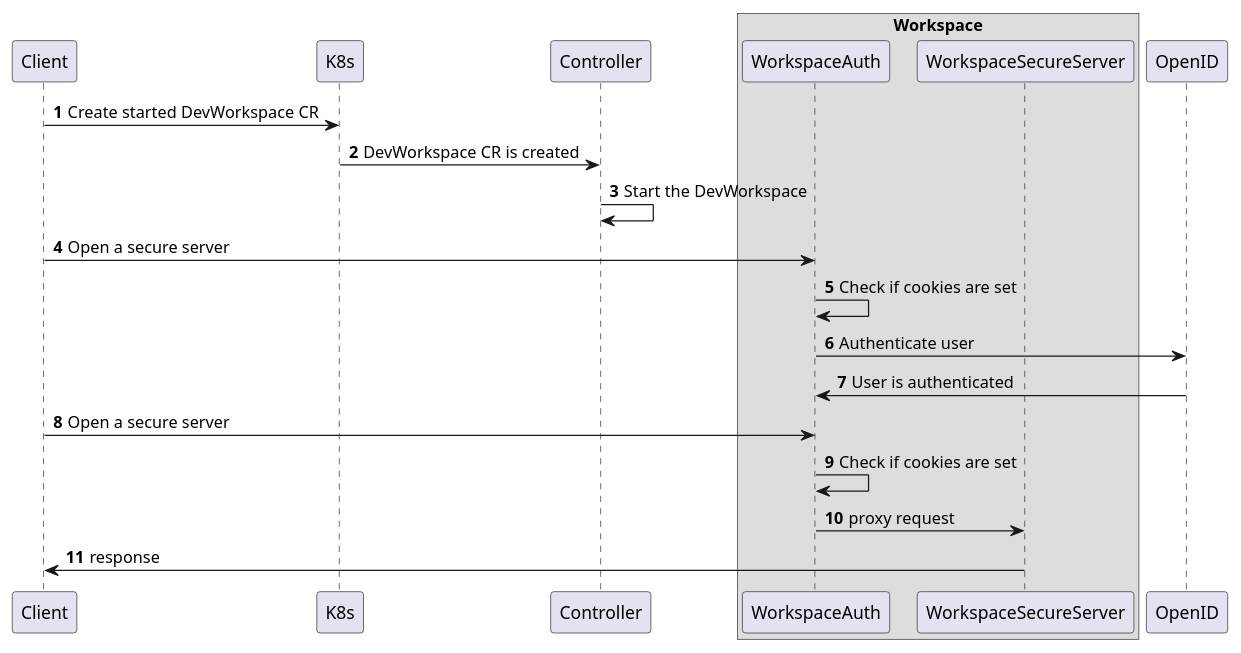
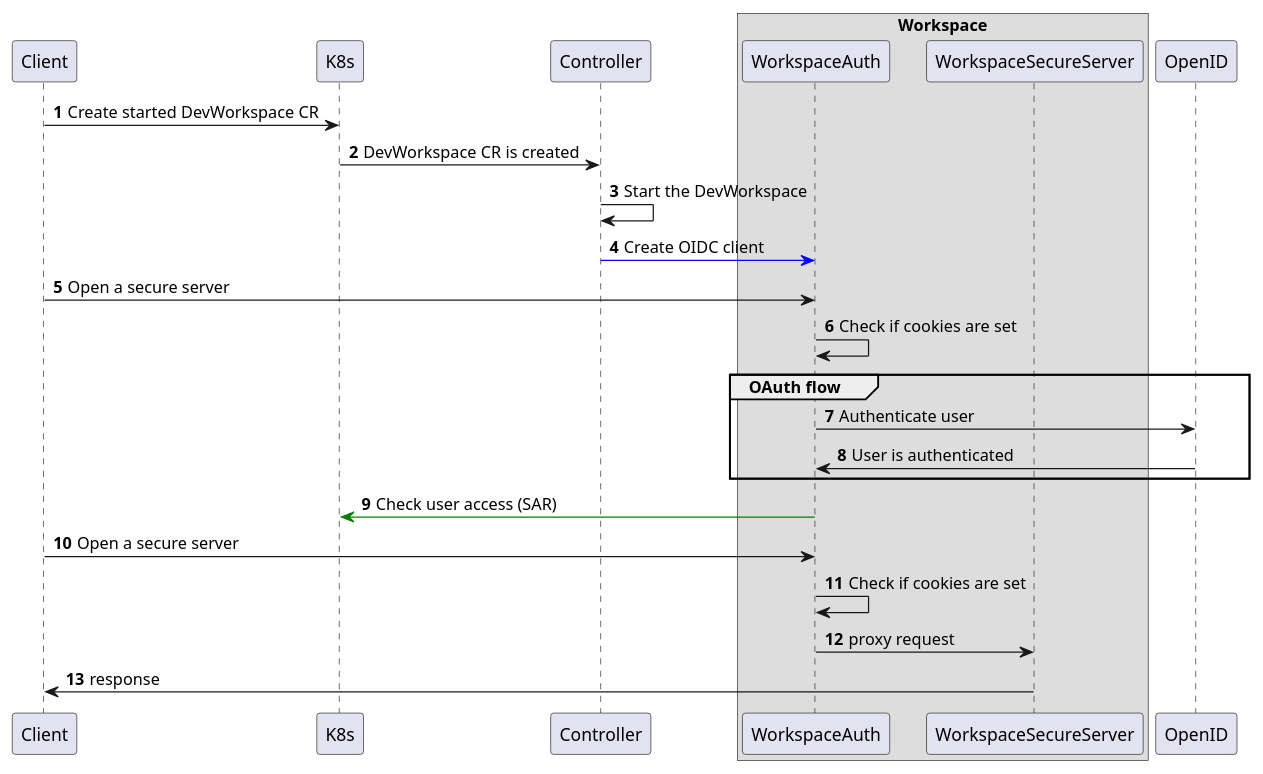
One commit to devfile/devworkspace-operator changed the diagram in authentication-schemas/openid-next.plantuml. Above: the diagram before and after it, drawn with PlantUML. The commit also changed 4 other files, not shown here.

First line of the commit message:
Add details for OAuth flow and access check

```diff
--- a/authentication-schemas/openid-next.plantuml
+++ b/authentication-schemas/openid-next.plantuml
@@ -1,31 +1,36 @@
 @startuml
 
 participant Client
 participant K8s
 participant Controller
 
 box Workspace
 participant WorkspaceAuth
 participant WorkspaceSecureServer
 end box
 
 participant OpenID
 
 autonumber
+skinparam SequenceGroupBodyBackgroundColor transparent
 
 Client -> K8s: Create started DevWorkspace CR
 K8s -> Controller: DevWorkspace CR is created
 Controller -> Controller: Start the DevWorkspace
-
+Controller -[#blue]> WorkspaceAuth: Create OIDC client
 
 Client -> WorkspaceAuth: Open a secure server
 WorkspaceAuth -> WorkspaceAuth: Check if cookies are set
+
+group OAuth flow
 WorkspaceAuth -> OpenID: Authenticate user
 WorkspaceAuth <- OpenID: User is authenticated
+end
+WorkspaceAuth -[#green]> K8s: Check user access (SAR)
 
 Client -> WorkspaceAuth: Open a secure server
 WorkspaceAuth -> WorkspaceAuth: Check if cookies are set
 WorkspaceAuth -> WorkspaceSecureServer: proxy request
 WorkspaceSecureServer -> Client: response
 
 @enduml
```
